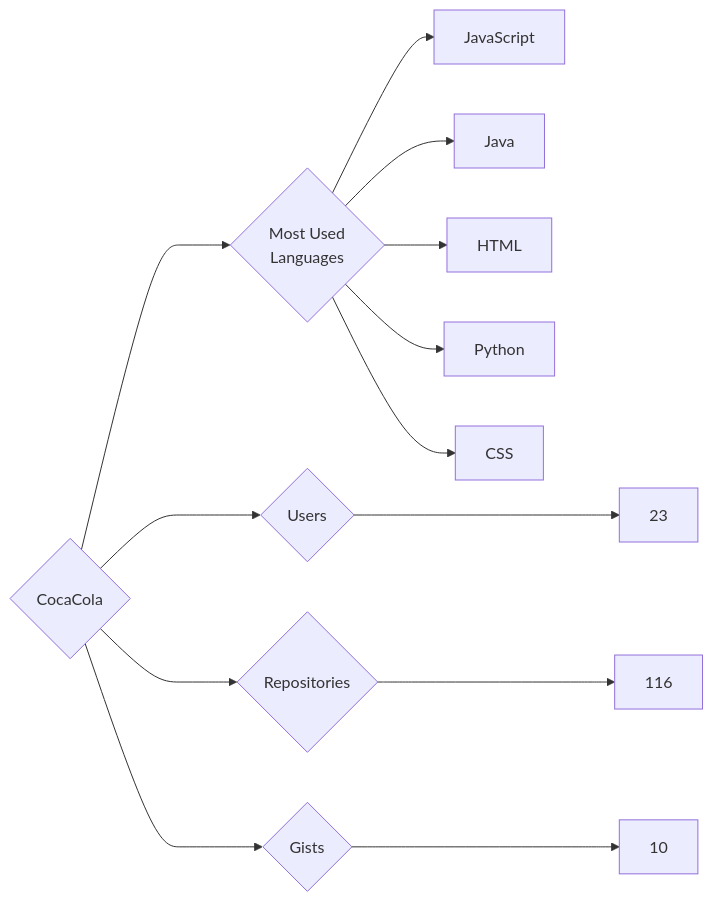
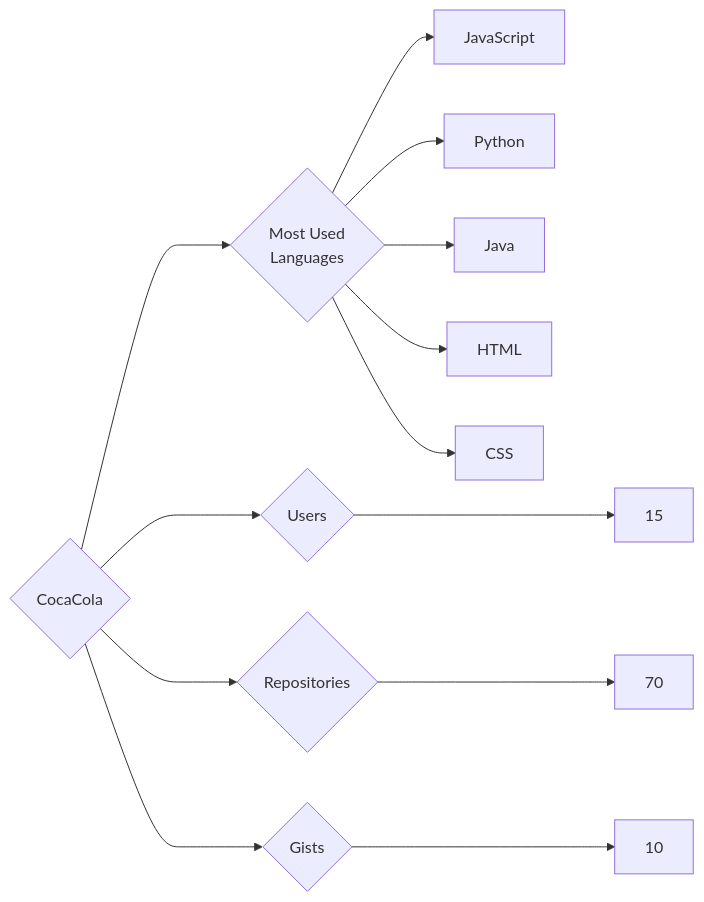
Before and after one commit to trickest/insiders: the diagram in targets/CocaCola/README.md, drawn with Mermaid. The commit also changed 720 other files, not shown here.

````diff
--- a/targets/CocaCola/README.md
+++ b/targets/CocaCola/README.md
@@ -3,13 +3,13 @@
 ```mermaid
 graph LR
 COMPANY_NAME{CocaCola}
-COMPANY_NAME ---> U{Users} ---> UN[23]
-COMPANY_NAME ---> R{Repositories} ---> RN[116]
+COMPANY_NAME ---> U{Users} ---> UN[15]
+COMPANY_NAME ---> R{Repositories} ---> RN[70]
 COMPANY_NAME ---> G{Gists} ---> GN[10]
 COMPANY_NAME ---> ML{Most Used<br>Languages}
 ML --> JavaScript[JavaScript]
+ML --> Python[Python]
 ML --> Java[Java]
 ML --> HTML[HTML]
-ML --> Python[Python]
 ML --> CSS[CSS]
 ```
````
